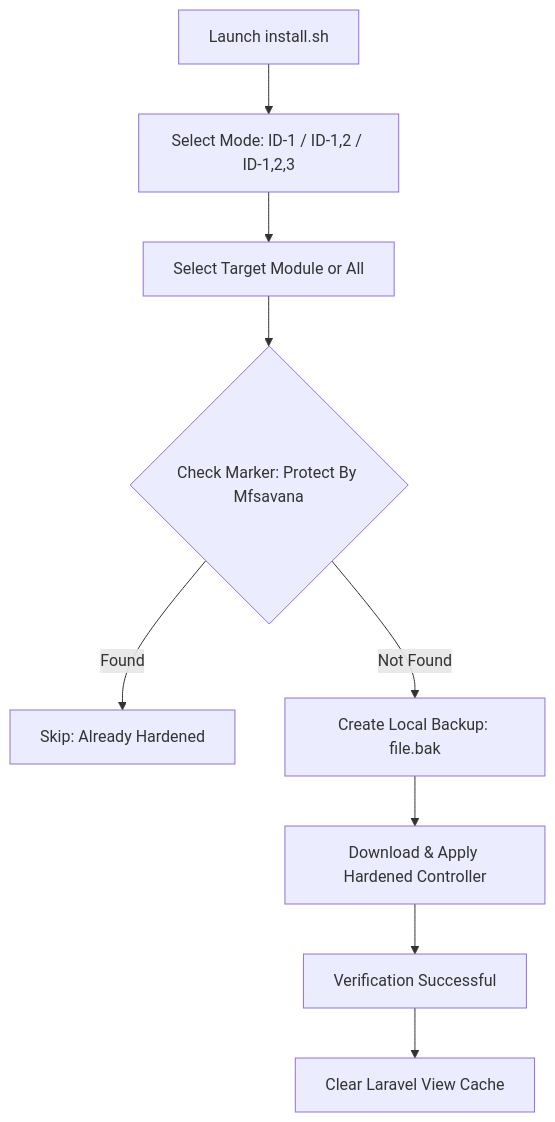
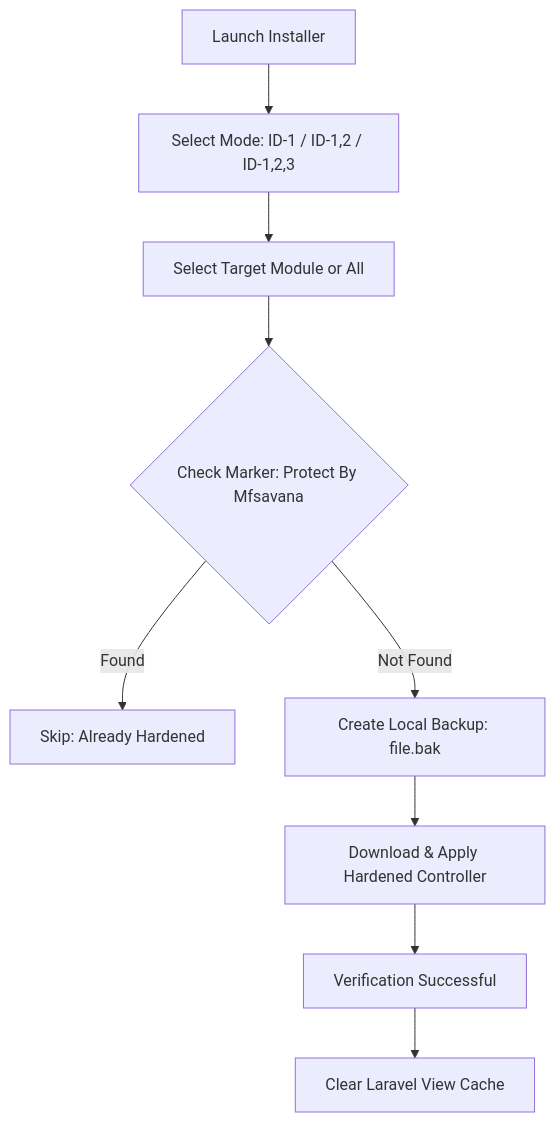
One commit to Qanz4Ever/Pterodactyl-Security changed the diagram in README.md. Above: the diagram before and after it, drawn with Mermaid. The commit also changed other lines of this file, not shown here.

Commit message:
docs: update installer command URL to https://pterodactyl-installer.mfsavana.my.id/

````diff
--- a/README.md
+++ b/README.md
@@ -156,11 +156,11 @@
 ```mermaid
 flowchart TD
-    A[Launch install.sh] --> B[Select Mode: ID-1 / ID-1,2 / ID-1,2,3]
+    A[Launch Installer] --> B[Select Mode: ID-1 / ID-1,2 / ID-1,2,3]
     B --> C[Select Target Module or All]
     C --> D{Check Marker: Protect By Mfsavana}
     D -- Found --> E[Skip: Already Hardened]
     D -- Not Found --> F[Create Local Backup: file.bak]
     F --> G[Download & Apply Hardened Controller]
     G --> H[Verification Successful]
     H --> I[Clear Laravel View Cache]
 ```
````
